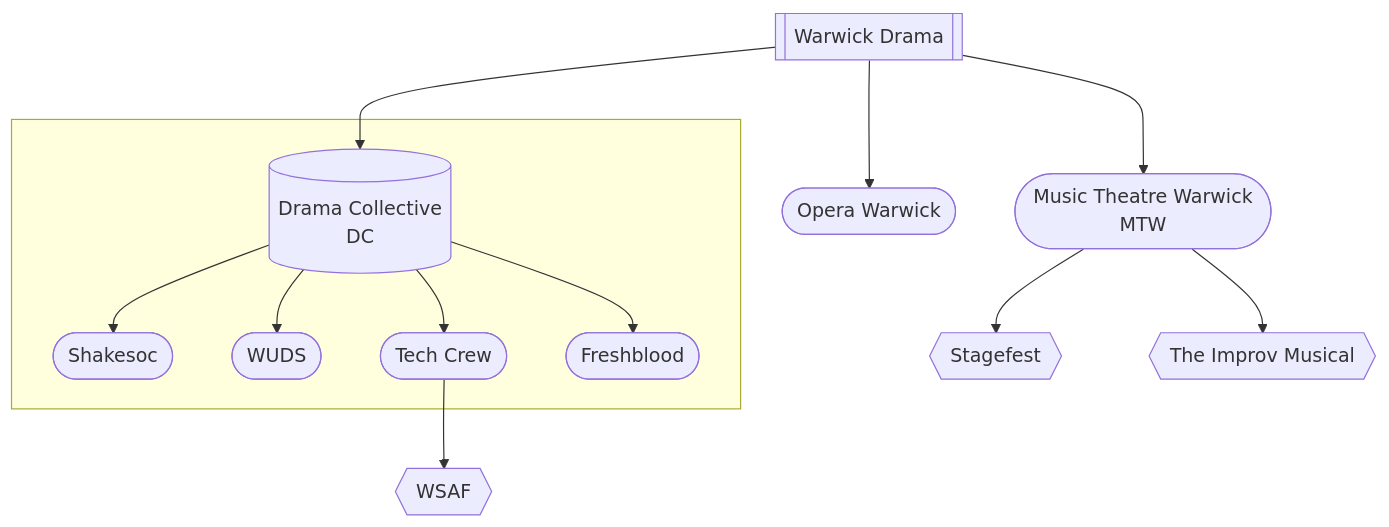
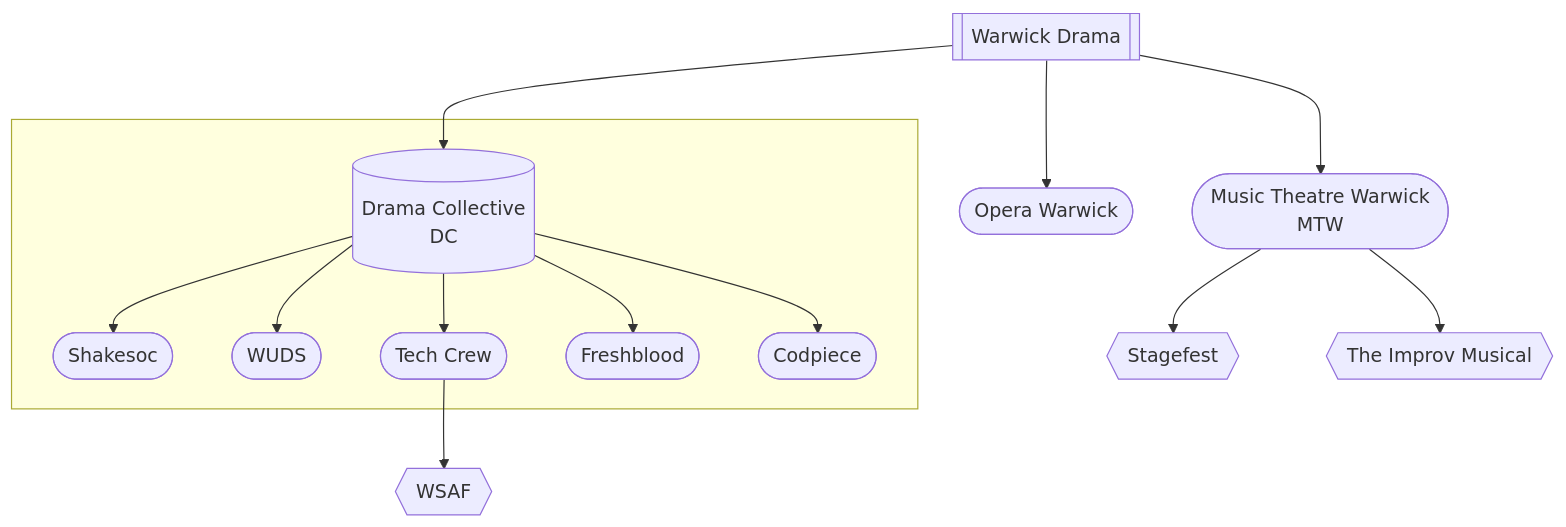
One commit to WarwickTechCrew/tc-website-wiki changed the diagram in wiki/02-warwick-drama/index.mdx. Above: the diagram before and after it, drawn with Mermaid.

Commit message:
Codpiece existance

````diff
--- a/wiki/02-warwick-drama/index.mdx
+++ b/wiki/02-warwick-drama/index.mdx
@@ -10,16 +10,17 @@
 ```mermaid
 flowchart TD
     WD[[Warwick Drama]]
     WD --> MTW([Music Theatre Warwick\nMTW])
     WD --> Opera([Opera Warwick])
     WD --> DC[(Drama Collective\nDC)]
     subgraph \n
         DC --> SS([Shakesoc])
         DC --> WUDS([WUDS])
         DC --> TC([Tech Crew])
         DC --> FB([Freshblood])
+        DC --> CP([Codpiece])
     end
     TC --> WSAF{{WSAF}}
     MTW --> SF{{Stagefest}}
     MTW --> IM{{The Improv Musical}}
 ```
````
